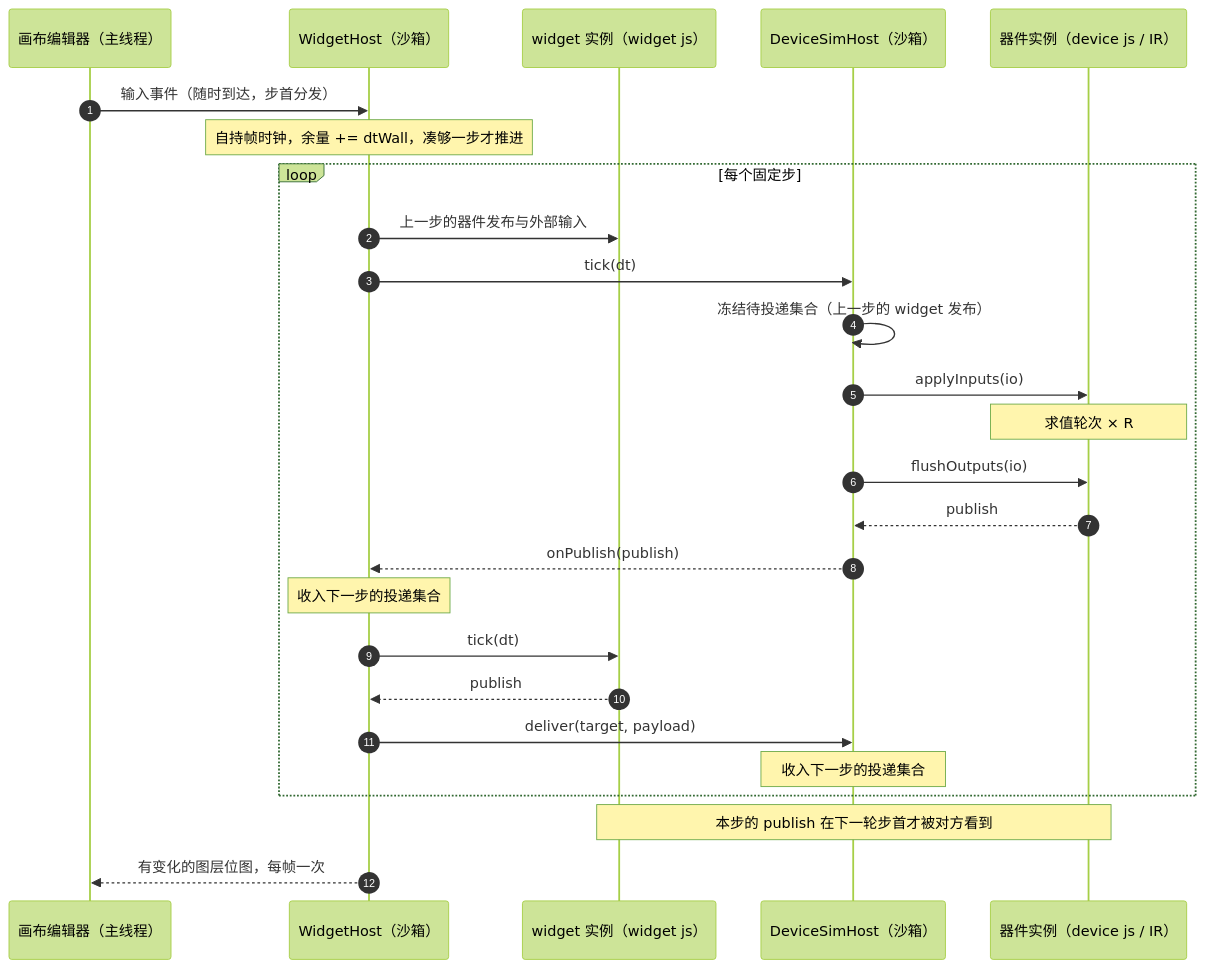
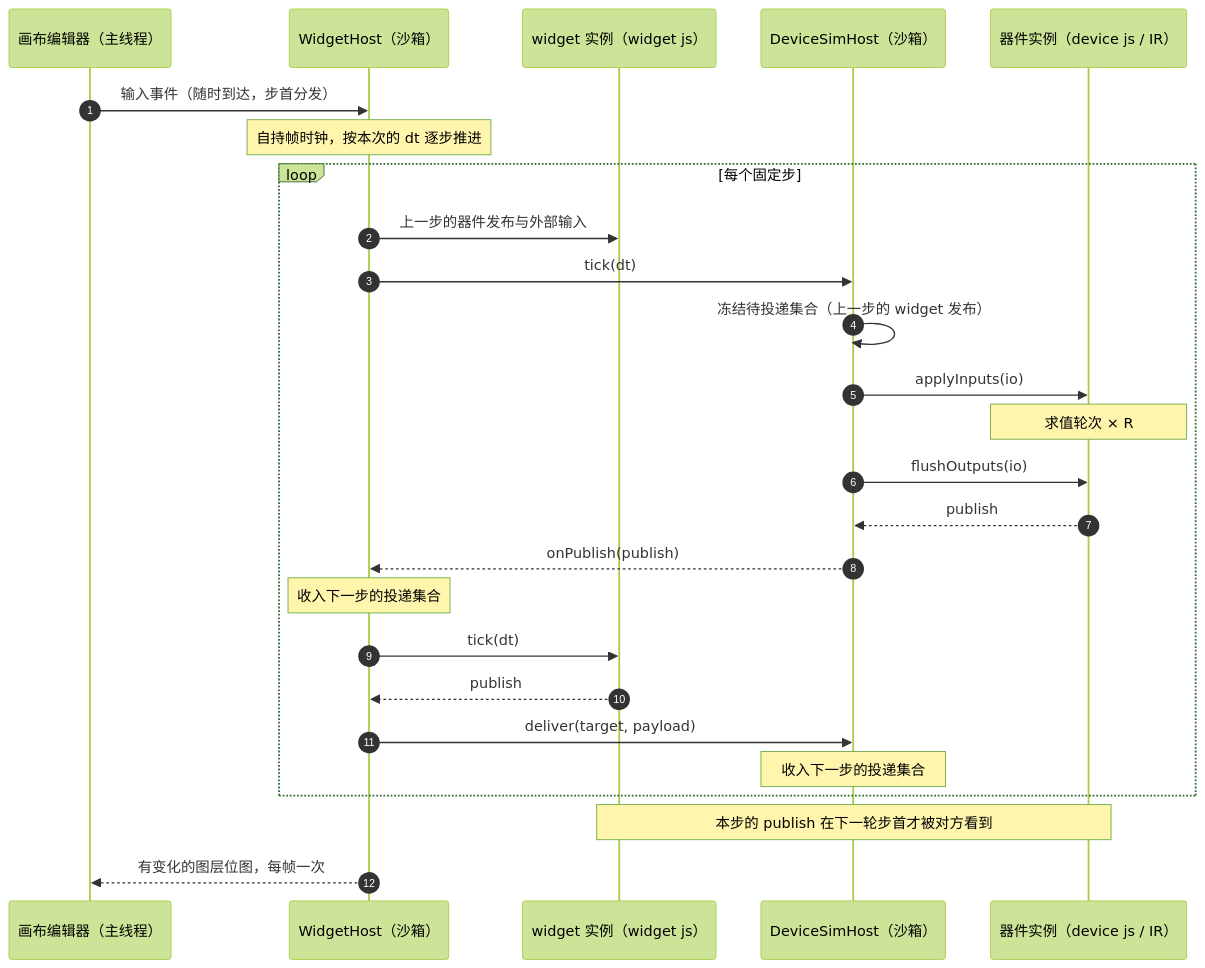
Before and after one commit to x-botlab/mica-js: the diagram in docs/rfc/0018-canvas-runtime.md, drawn with Mermaid (forest theme). The commit also changed other lines of this file and 1 other file, not shown here.

````diff
--- a/docs/rfc/0018-canvas-runtime.md
+++ b/docs/rfc/0018-canvas-runtime.md
@@ -138,31 +129,31 @@
 ```mermaid
 sequenceDiagram
     autonumber
     participant E as 画布编辑器（主线程）
     participant WH as WidgetHost（沙箱）
     participant WJ as widget 实例（widget js）
     participant DS as DeviceSimHost（沙箱）
     participant DJ as 器件实例（device js / IR）
 
     E->>WH: 输入事件（随时到达，步首分发）
-    Note over WH: 自持帧时钟，余量 += dtWall，凑够一步才推进
+    Note over WH: 自持帧时钟，按本次的 dt 逐步推进
 
     loop 每个固定步
         WH->>WJ: 上一步的器件发布与外部输入
         WH->>DS: tick(dt)
         DS->>DS: 冻结待投递集合（上一步的 widget 发布）
         DS->>DJ: applyInputs(io)
         Note over DJ: 求值轮次 × R
         DS->>DJ: flushOutputs(io)
         DJ-->>DS: publish
         DS-->>WH: onPublish(publish)
         Note over WH: 收入下一步的投递集合
         WH->>WJ: tick(dt)
         WJ-->>WH: publish
         WH->>DS: deliver(target, payload)
         Note over DS: 收入下一步的投递集合
     end
 
     Note over WJ,DJ: 本步的 publish 在下一轮步首才被对方看到
     WH-->>E: 有变化的图层位图，每帧一次
 ```
````
